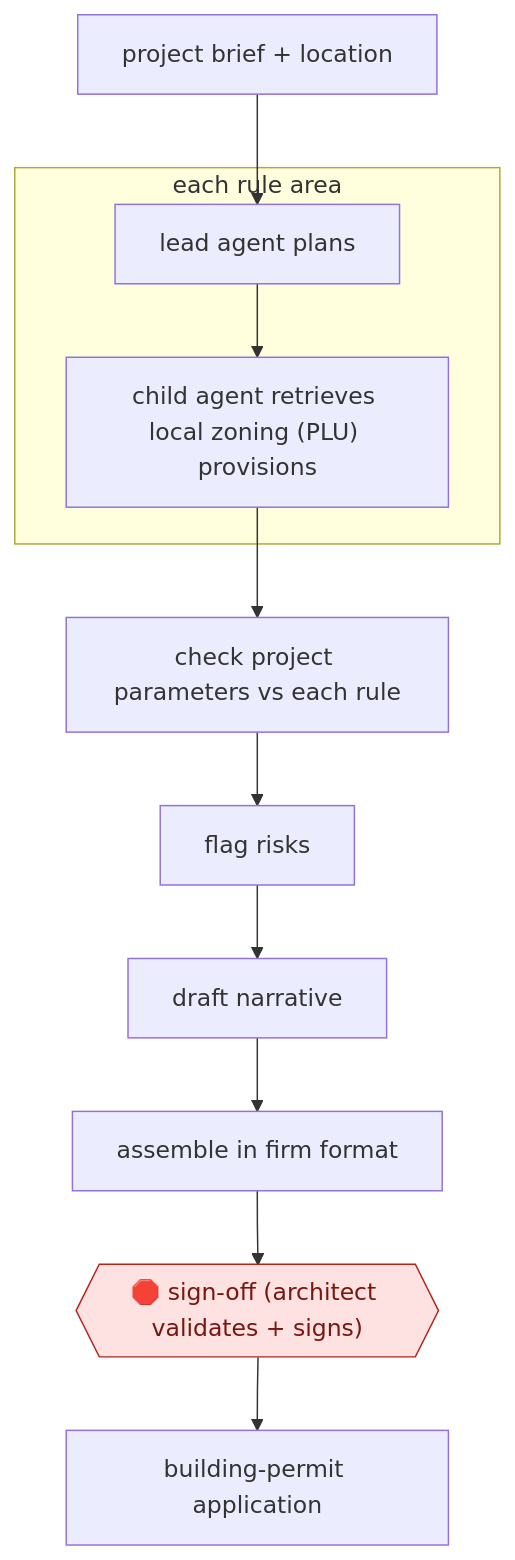
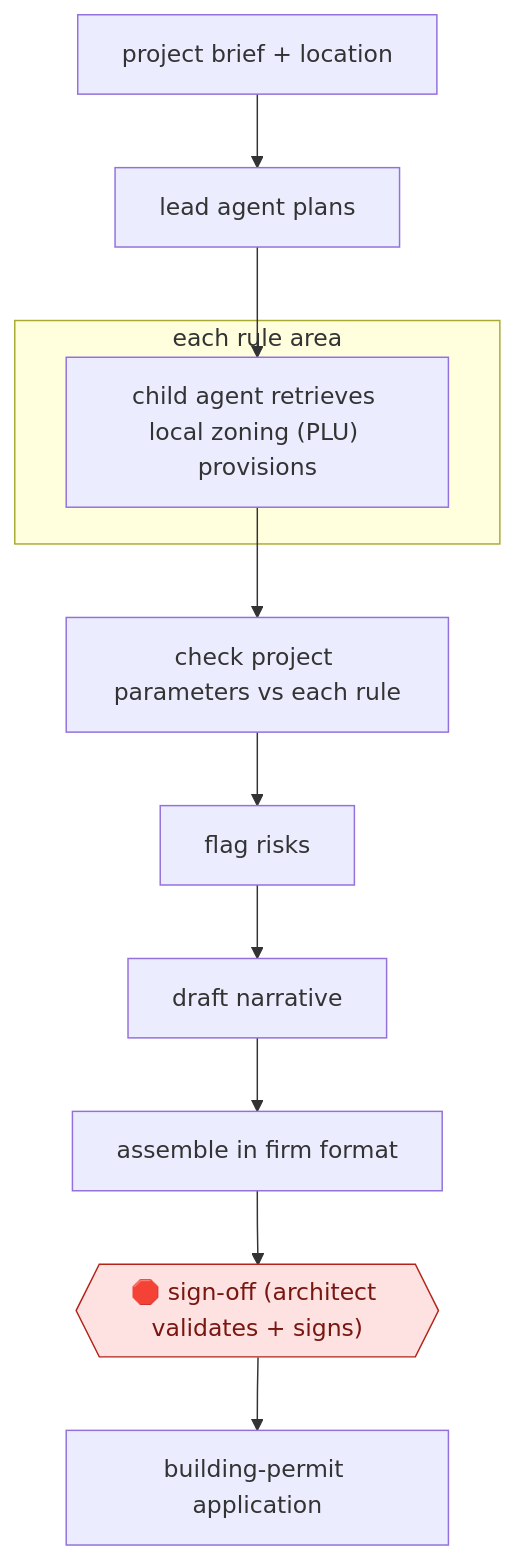
Before and after one commit to milesradford99/agent-workflow-atlas: the diagram in workflows/TEC/ENG/CODECOMP/zoning-rule-study-crew/README.md, drawn with Mermaid. The commit also changed other lines of this file and 171 other files, not shown here.

````diff
--- a/workflows/TEC/ENG/CODECOMP/zoning-rule-study-crew/README.md
+++ b/workflows/TEC/ENG/CODECOMP/zoning-rule-study-crew/README.md
@@ -31,23 +31,23 @@
 ```mermaid
 flowchart TD
   n1["project brief + location"]
   n2["lead agent plans"]
-  n1 --> n2
   subgraph s3["each rule area"]
   n4["child agent retrieves local zoning (PLU) provisions"]
-  n2 --> n4
   end
   n5["check project parameters vs each rule"]
+  n6["flag risks"]
+  n7["draft narrative"]
+  n8["assemble in firm format"]
+  n9{{"🛑 sign-off (architect validates + signs)"}}:::stop
+  n10["building-permit application"]
+  n1 --> n2
+  n2 --> n4
   n4 --> n5
-  n6["flag risks"]
   n5 --> n6
-  n7["draft narrative"]
   n6 --> n7
-  n8["assemble in firm format"]
   n7 --> n8
-  n9{{"🛑 sign-off (architect validates + signs)"}}:::stop
   n8 --> n9
-  n10["building-permit application"]
   n9 --> n10
   classDef stop fill:#fde2e1,stroke:#b42318,color:#7a1610
 ```
````
